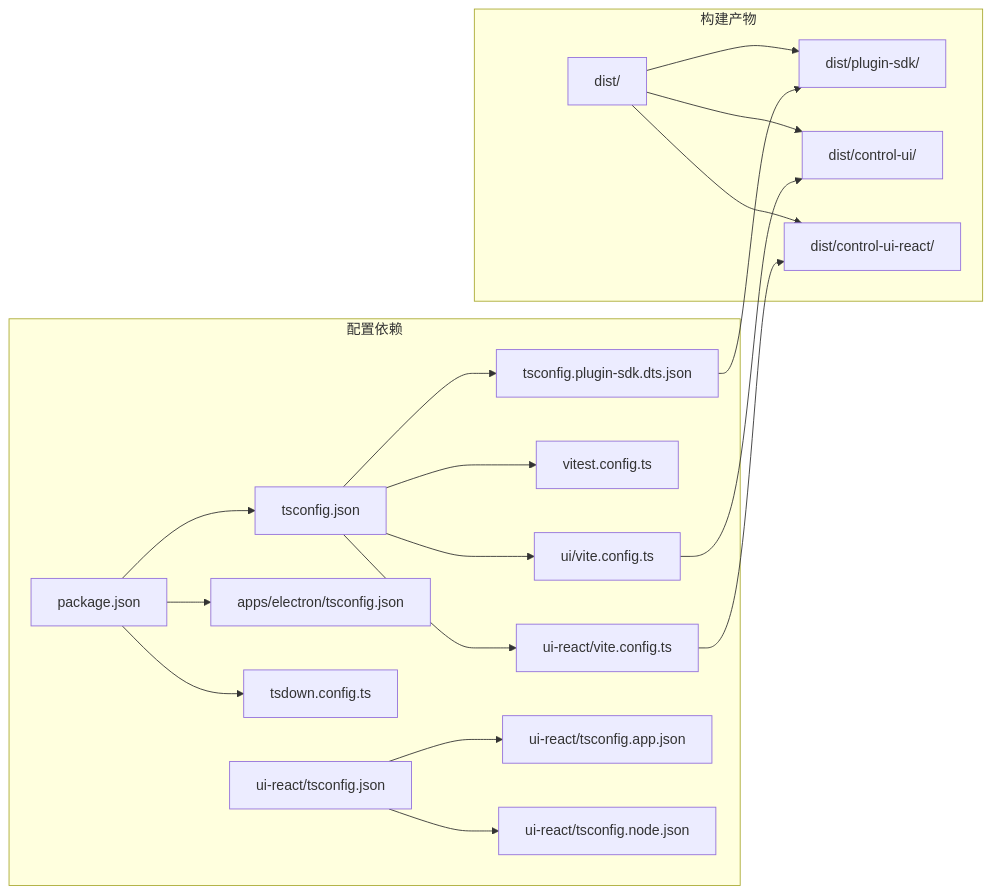
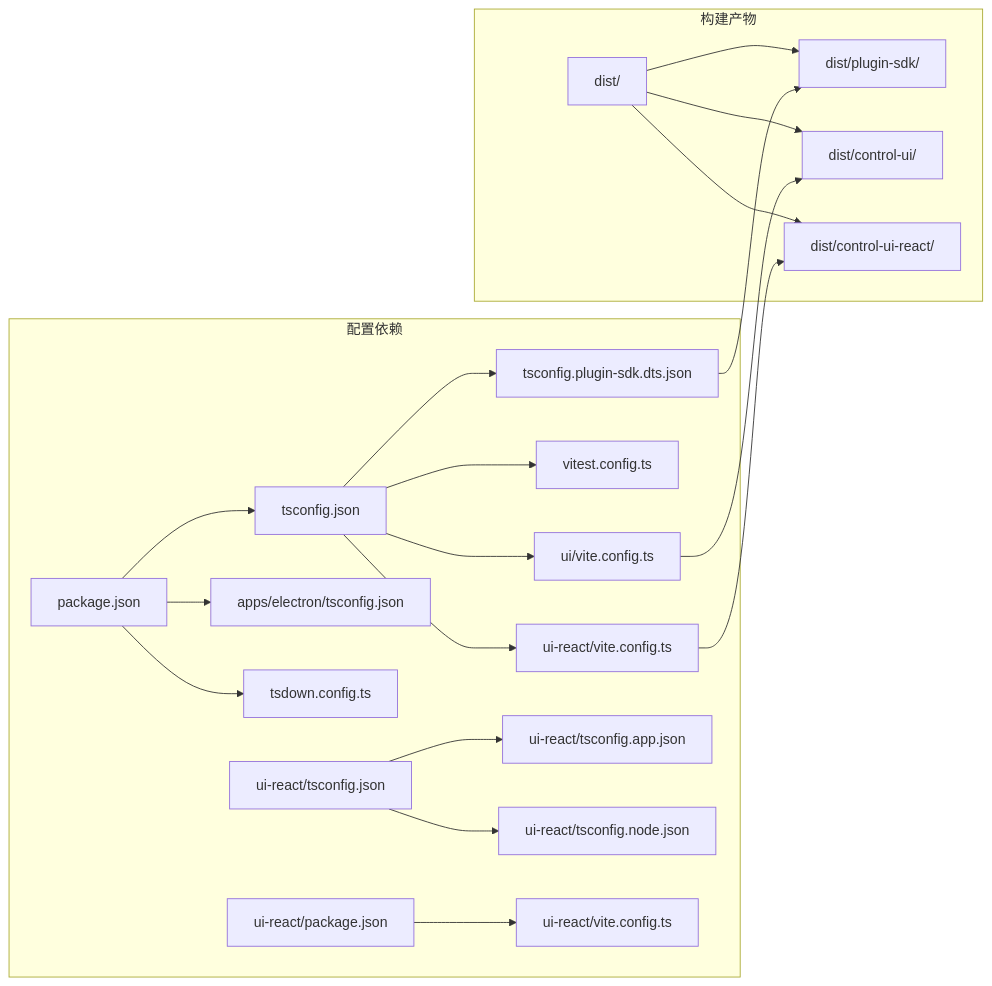
The sixth of 6 diagrams in .qoder/repowiki/zh/content/Typescript Configuration.md (verse-ai-org/openclaw), drawn with Mermaid before and after one commit. The commit also changed other lines of this file and 13 other files, not shown here.

````diff
--- a/.qoder/repowiki/zh/content/Typescript Configuration.md
+++ b/.qoder/repowiki/zh/content/Typescript Configuration.md
@@ -267,22 +332,23 @@
 ```mermaid
 graph LR
 subgraph "配置依赖"
 RootTS[tsconfig.json] --> PluginDTS[tsconfig.plugin-sdk.dts.json]
 RootTS --> VitestCFG[vitest.config.ts]
 RootTS --> UIReactCFG[ui-react/vite.config.ts]
 RootTS --> UICFG[ui/vite.config.ts]
 PackageJSON[package.json] --> RootTS
 PackageJSON --> ElectronTS[apps/electron/tsconfig.json]
 PackageJSON --> TSDown[tsdown.config.ts]
 ReactTS[ui-react/tsconfig.json] --> AppTS[ui-react/tsconfig.app.json]
 ReactTS --> NodeTS[ui-react/tsconfig.node.json]
+ReactPackage[ui-react/package.json] --> ReactUI[ui-react/vite.config.ts]
 end
 subgraph "构建产物"
 Dist[dist/] --> PluginDist[dist/plugin-sdk/]
 Dist --> ControlUIDist[dist/control-ui/]
 Dist --> ControlUIReactDist[dist/control-ui-react/]
 end
 PluginDTS --> PluginDist
 UIReactCFG --> ControlUIReactDist
 UICFG --> ControlUIDist
 ```
````
